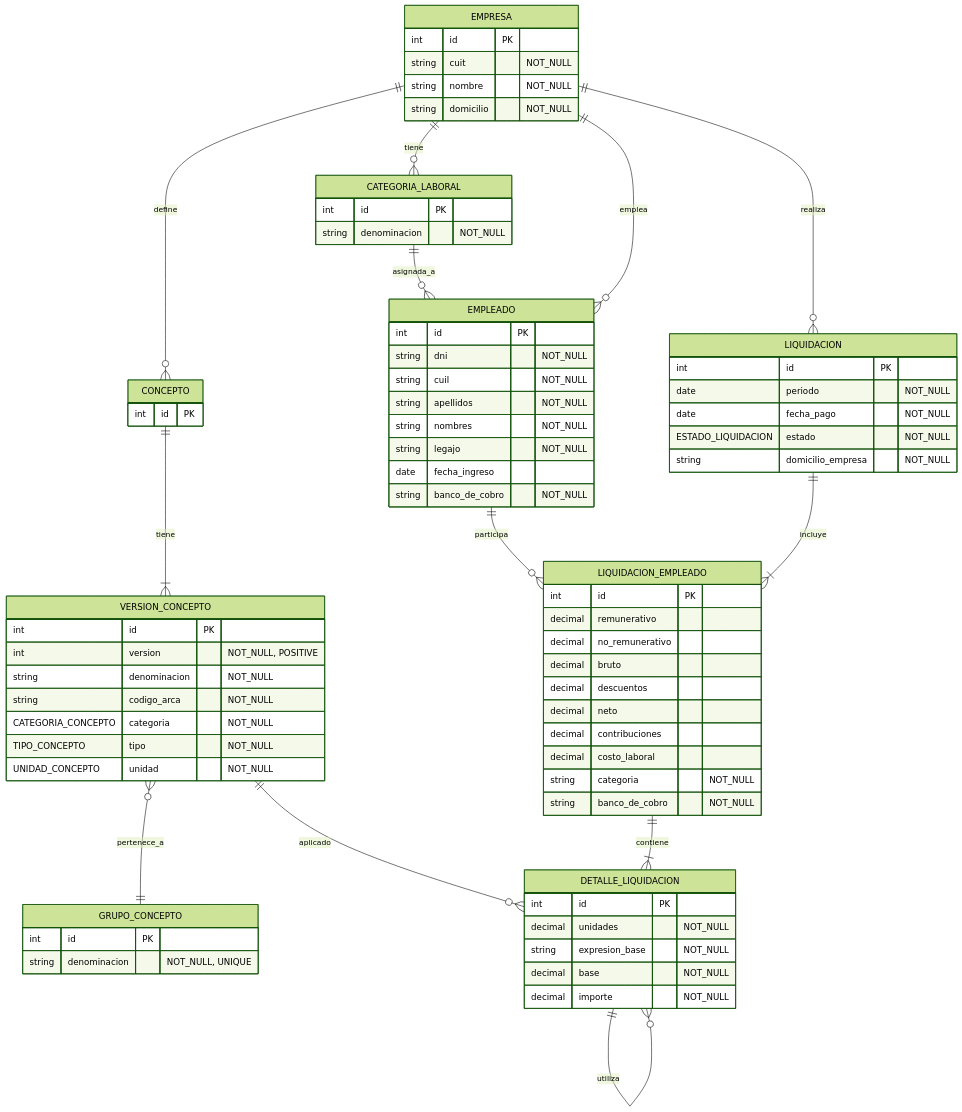
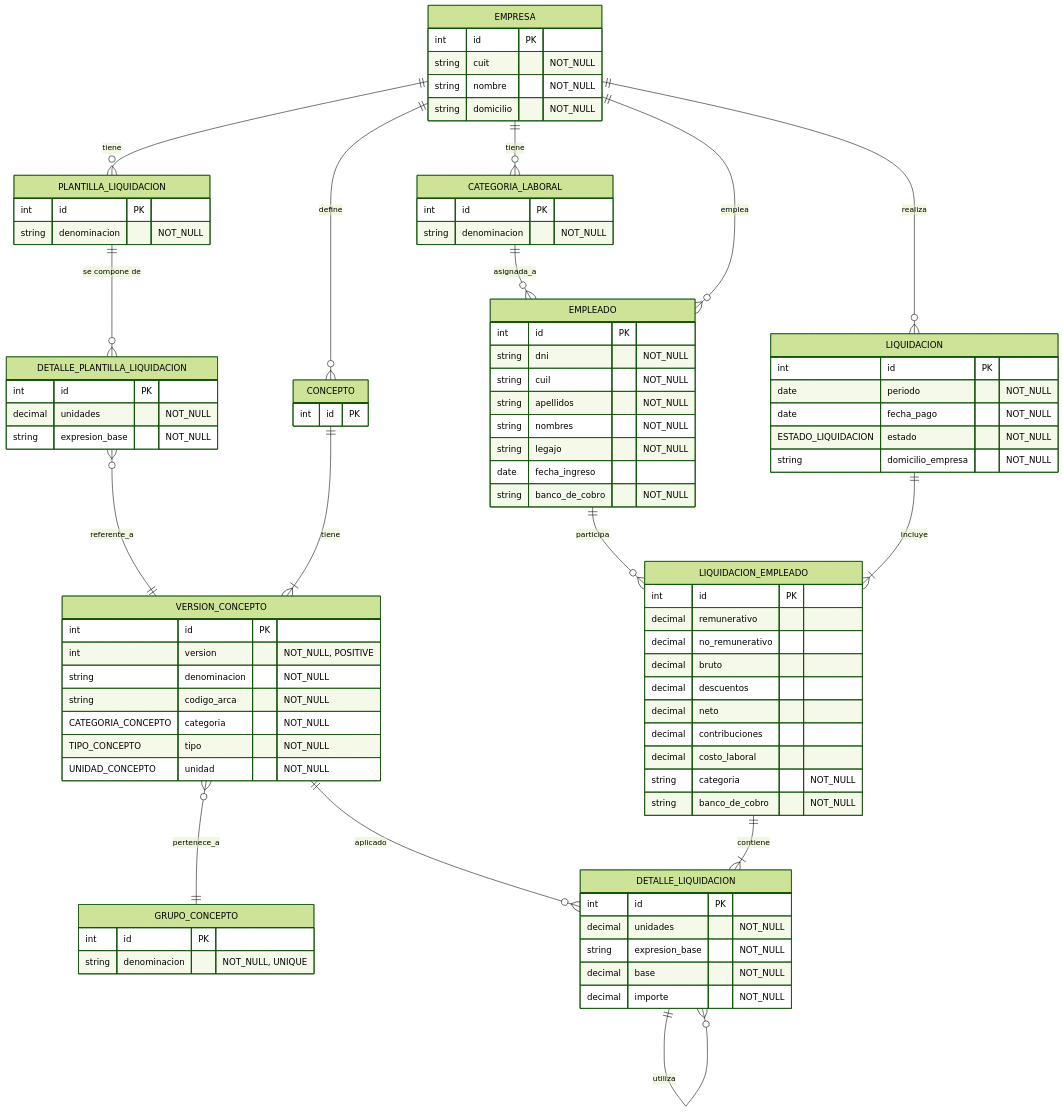
The second of 2 diagrams in docs/spec.md (IgnacioAusili/ms_contable), drawn with Mermaid (forest theme) before and after one commit. The commit also changed other lines of this file and 22 other files, not shown here.

```diff
--- a/docs/spec.md
+++ b/docs/spec.md
@@ -63,6 +65,10 @@
 erDiagram
     CONCEPTO ||--|{ VERSION_CONCEPTO : tiene
     VERSION_CONCEPTO }o--|| GRUPO_CONCEPTO : pertenece_a
+
+    EMPRESA ||--o{ PLANTILLA_LIQUIDACION : tiene
+    PLANTILLA_LIQUIDACION || --o{ DETALLE_PLANTILLA_LIQUIDACION : "se compone de"
+    DETALLE_PLANTILLA_LIQUIDACION }o -- || VERSION_CONCEPTO : referente_a
 
     EMPRESA ||--o{ CONCEPTO : define
     EMPRESA ||--o{ CATEGORIA_LABORAL : tiene
@@ -88,6 +94,20 @@
         %% Reglas de Negocio: immutable 
         string nombre "NOT_NULL"
         string domicilio "NOT_NULL"
+    }
+
+    PLANTILLA_LIQUIDACION {
+        int id PK
+        %% DJANGO BLANK: false 
+        %% DJANGO UniqueConstraint: fields=["empresa", "denominacion"]
+        string denominacion "NOT_NULL"
+    }
+
+    DETALLE_PLANTILLA_LIQUIDACION {
+        int id PK
+        decimal unidades "NOT_NULL"
+        %% DJANGO BLANK: false
+        string expresion_base "NOT_NULL"
     }
 
     CATEGORIA_LABORAL {
```
